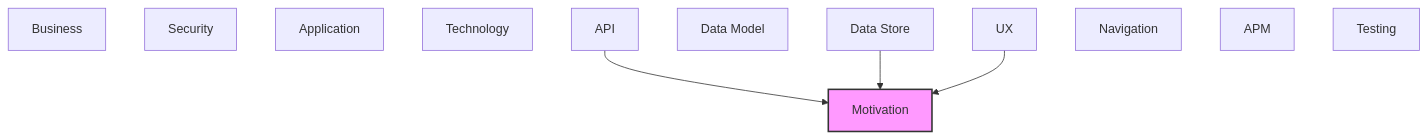
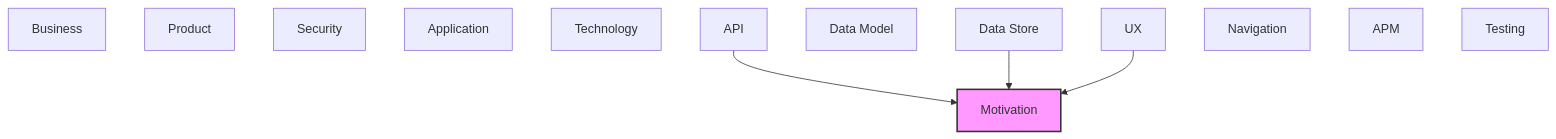
Before and after one commit to tinkermonkey/context-studio: the second of 2 diagrams in documentation-robotics/reports/01-motivation-layer-report.md, drawn with Mermaid. The commit also changed other lines of this file and 21 other files, not shown here.

````diff
--- a/documentation-robotics/reports/01-motivation-layer-report.md
+++ b/documentation-robotics/reports/01-motivation-layer-report.md
@@ -62,20 +64,21 @@
 ```mermaid
 flowchart TB
   classDef current fill:#f9f,stroke:#333,stroke-width:2px
   motivation["Motivation"]
   business["Business"]
+  product["Product"]
   security["Security"]
   application["Application"]
   technology["Technology"]
   api["API"]
   data_model["Data Model"]
   data_store["Data Store"]
   ux["UX"]
   navigation["Navigation"]
   apm["APM"]
   testing["Testing"]
   api --> motivation
   data_store --> motivation
   ux --> motivation
   class motivation current
 ```
````
